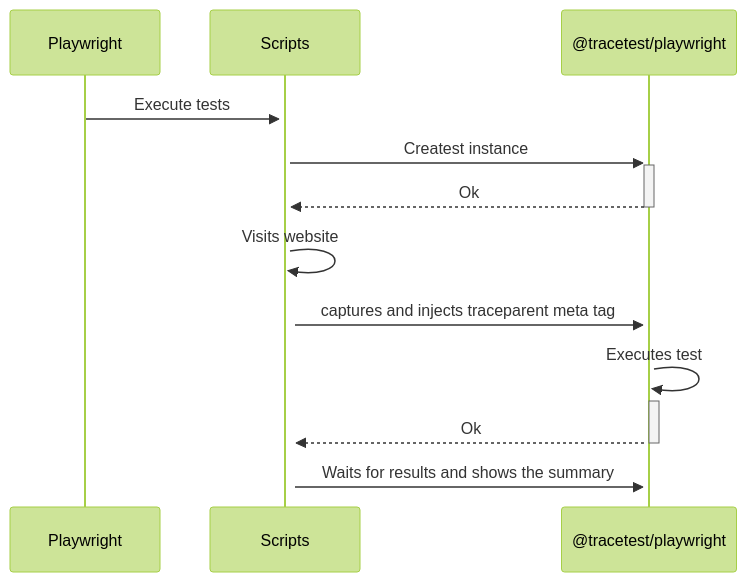
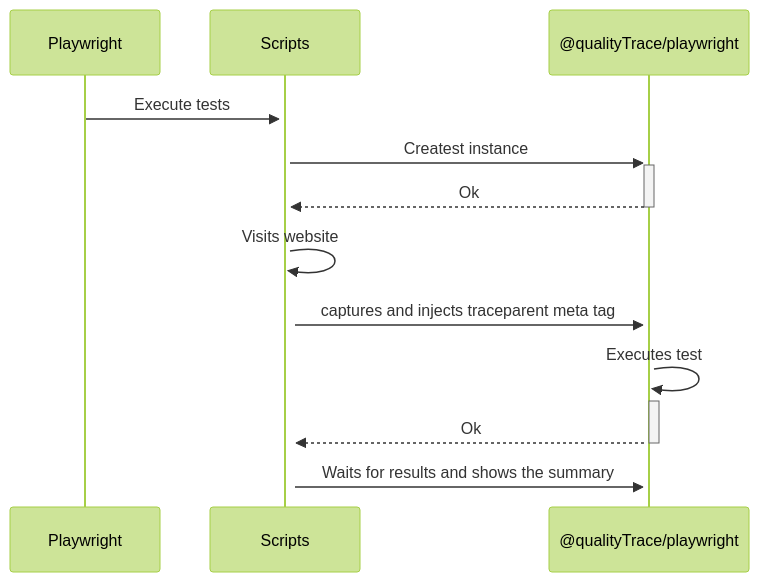
One commit to intelops/qualitytrace changed the diagram in docs/docs/tools-and-integrations/playwright.mdx. Above: the diagram before and after it, drawn with Mermaid (forest theme). The commit also changed other lines of this file and 485 other files, not shown here.

Commit message:
changing tracetest to qualityTrace

````diff
--- a/docs/docs/tools-and-integrations/playwright.mdx
+++ b/docs/docs/tools-and-integrations/playwright.mdx
@@ -37,11 +37,11 @@
 ```mermaid
 sequenceDiagram
   Playwright->>+Scripts: Execute tests
-  Scripts->>+@tracetest/playwright: Createst instance
-  @tracetest/playwright-->>-Scripts: Ok
+  Scripts->>+@qualityTrace/playwright: Createst instance
+  @qualityTrace/playwright-->>-Scripts: Ok
   Scripts->>+Scripts: Visits website
-  Scripts->>+@tracetest/playwright: captures and injects traceparent meta tag
-  @tracetest/playwright->>+@tracetest/playwright: Executes test
-  @tracetest/playwright-->>-Scripts: Ok
-  Scripts->>@tracetest/playwright: Waits for results and shows the summary
+  Scripts->>+@qualityTrace/playwright: captures and injects traceparent meta tag
+  @qualityTrace/playwright->>+@qualityTrace/playwright: Executes test
+  @qualityTrace/playwright-->>-Scripts: Ok
+  Scripts->>@qualityTrace/playwright: Waits for results and shows the summary
 ```
````
